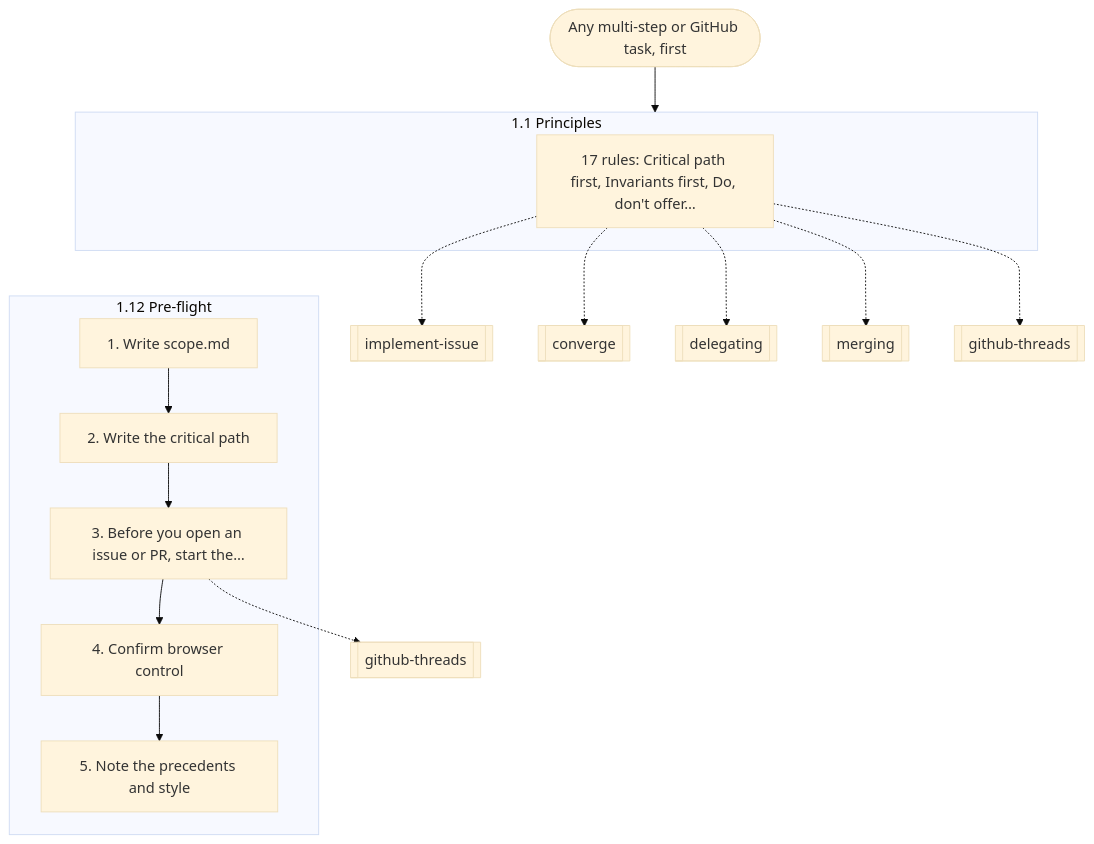
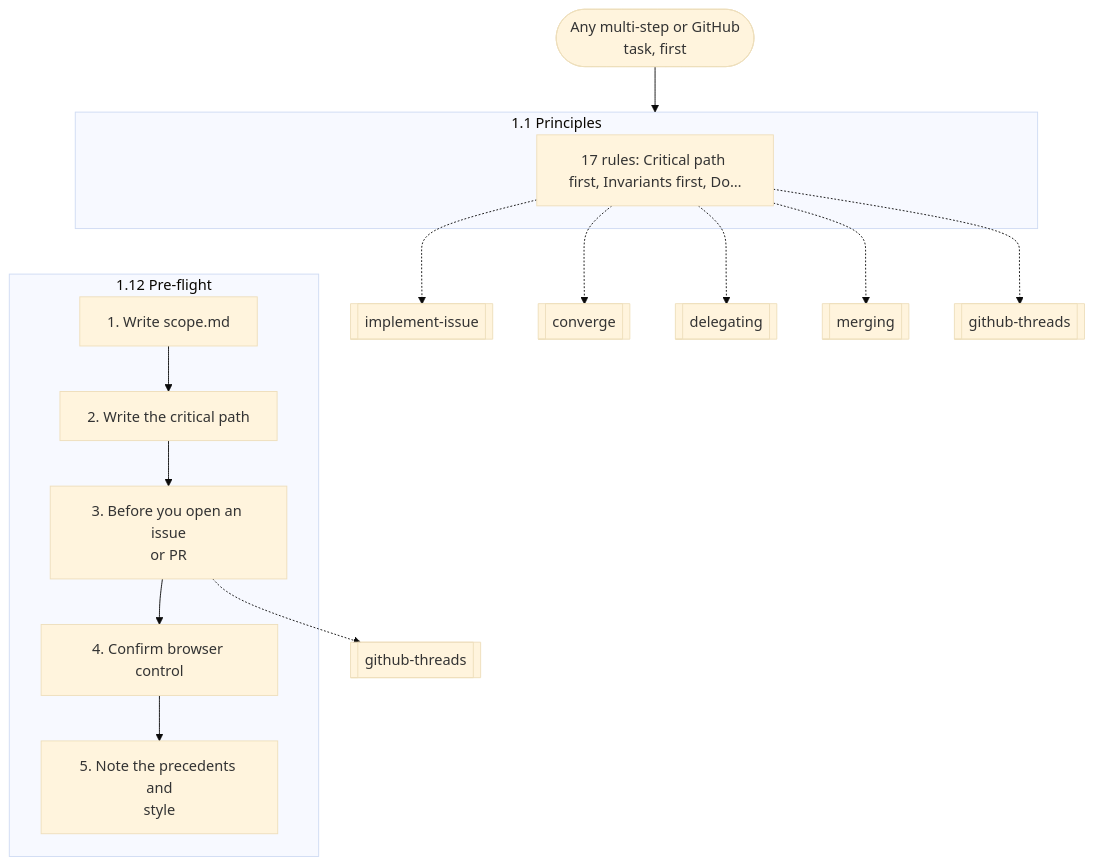
One commit to nitedani/mergeworthy changed the first of 14 diagrams in docs/graphs.md. Above: the diagram before and after it, drawn with Mermaid (base theme). The commit also changed other lines of this file and 1 other file, not shown here.

First line of the commit message:
Graphs: short labels wrapped into lines, so GitHub doesn't cut them off

````diff
--- a/docs/graphs.md
+++ b/docs/graphs.md
@@ -28,26 +28,26 @@
 ```mermaid
 flowchart TB
-  start(["Any multi-step or GitHub task, first"])
+  start(["Any multi-step or GitHub<br/>task, first"])
   subgraph g0["1.1 Principles"]
-    s0["17 rules: Critical path first, Invariants first, Do, don't offer…"]
+    s0["17 rules: Critical path first, Invariants first, Do…"]
   end
   s0 -.-> r1[["implement-issue"]]
   s0 -.-> r2[["converge"]]
   s0 -.-> r3[["delegating"]]
   s0 -.-> r4[["merging"]]
   s0 -.-> r5[["github-threads"]]
   subgraph g1["1.12 Pre-flight"]
     s1["1. Write scope.md"]
     s2["2. Write the critical path"]
     s1 --> s2
-    s3["3. Before you open an issue or PR, start the…"]
+    s3["3. Before you open an issue<br/>or PR"]
     s2 --> s3
     s4["4. Confirm browser control"]
     s3 --> s4
-    s5["5. Note the precedents and style"]
+    s5["5. Note the precedents and<br/>style"]
     s4 --> s5
   end
   s3 -.-> r6[["github-threads"]]
   start --> g0
   g0 ~~~ g1
 ```
````
